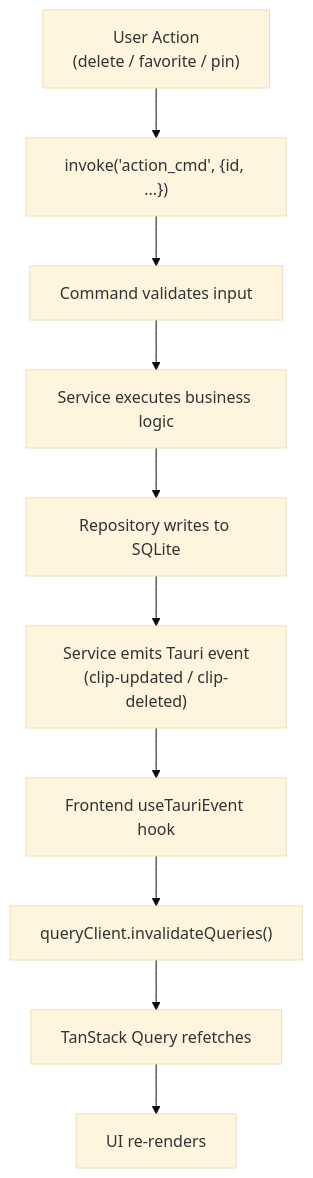
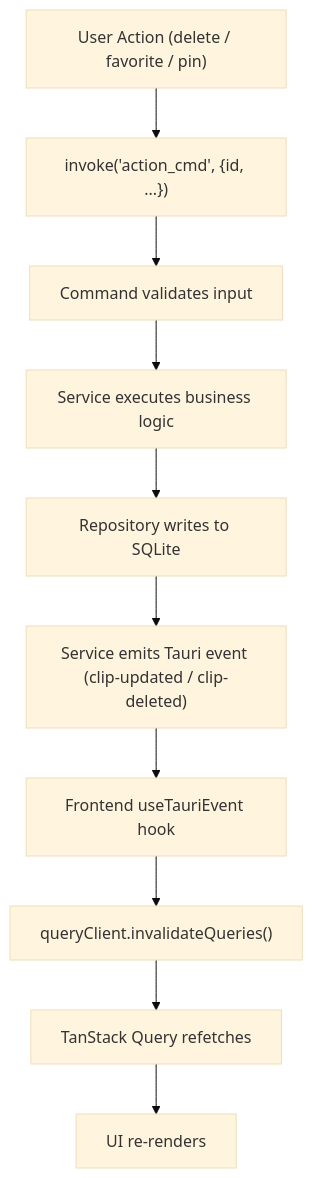
One commit to sanromarth/ornas changed the sixth of 7 diagrams in docs/architecture/02_ARCHITECTURE.md. Above: the diagram before and after it, drawn with Mermaid (base theme). The commit also changed other lines of this file and 253 other files, not shown here.

````diff
--- a/docs/architecture/02_ARCHITECTURE.md
+++ b/docs/architecture/02_ARCHITECTURE.md
@@ -203,12 +203,12 @@
 ```mermaid
 flowchart TD
-    A["User Action<br/>(delete / favorite / pin)"] --> B["invoke('action_cmd', {id, ...})"]
+    A["User Action (delete / favorite / pin)"] --> B["invoke('action_cmd', {id, ...})"]
     B --> C["Command validates input"]
     C --> D["Service executes business logic"]
     D --> E["Repository writes to SQLite"]
-    E --> F["Service emits Tauri event<br/>(clip-updated / clip-deleted)"]
+    E --> F["Service emits Tauri event (clip-updated / clip-deleted)"]
     F --> G["Frontend useTauriEvent hook"]
     G --> H["queryClient.invalidateQueries()"]
     H --> I["TanStack Query refetches"]
     I --> J["UI re-renders"]
 ```
````
